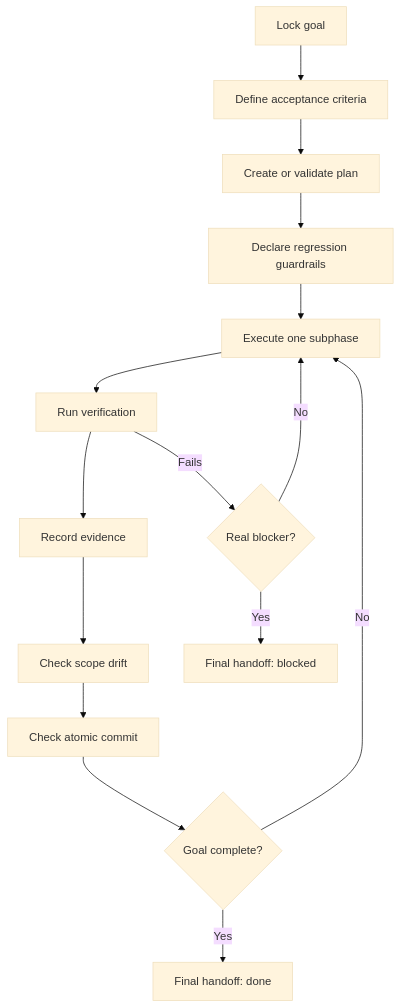
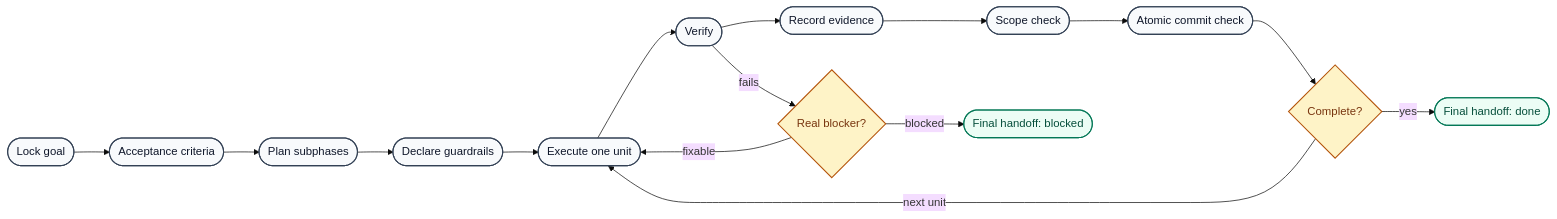
One commit to Kassden/megaskill changed the diagram in README.md. Above: the diagram before and after it, drawn with Mermaid (base theme). The commit also changed other lines of this file, not shown here.

Commit message:
docs: polish readme badges and execution loop

````diff
--- a/README.md
+++ b/README.md
@@ -19,17 +37,24 @@
 ```mermaid
-flowchart TD
-    A[Lock goal] --> B[Define acceptance criteria]
-    B --> C[Create or validate plan]
-    C --> D[Declare regression guardrails]
-    D --> E[Execute one subphase]
-    E --> F[Run verification]
-    F --> G[Record evidence]
-    G --> H[Check scope drift]
-    H --> I[Check atomic commit]
-    I --> J{Goal complete?}
-    J -- No --> E
-    J -- Yes --> K[Final handoff: done]
-    F -- Fails --> L{Real blocker?}
-    L -- No --> E
-    L -- Yes --> M[Final handoff: blocked]
+flowchart LR
+    A(["Lock goal"]) --> B(["Acceptance criteria"])
+    B --> C(["Plan subphases"])
+    C --> D(["Declare guardrails"])
+    D --> E(["Execute one unit"])
+    E --> F(["Verify"])
+    F --> G(["Record evidence"])
+    G --> H(["Scope check"])
+    H --> I(["Atomic commit check"])
+    I --> J{"Complete?"}
+    J -- "next unit" --> E
+    J -- "yes" --> K(["Final handoff: done"])
+    F -- "fails" --> L{"Real blocker?"}
+    L -- "fixable" --> E
+    L -- "blocked" --> M(["Final handoff: blocked"])
+
+    classDef action fill:#F8FAFC,stroke:#334155,stroke-width:1.5px,color:#0F172A;
+    classDef decision fill:#FEF3C7,stroke:#B45309,stroke-width:1.5px,color:#78350F;
+    classDef terminal fill:#ECFDF5,stroke:#047857,stroke-width:1.5px,color:#064E3B;
+    class A,B,C,D,E,F,G,H,I action;
+    class J,L decision;
+    class K,M terminal;
 ```
````
